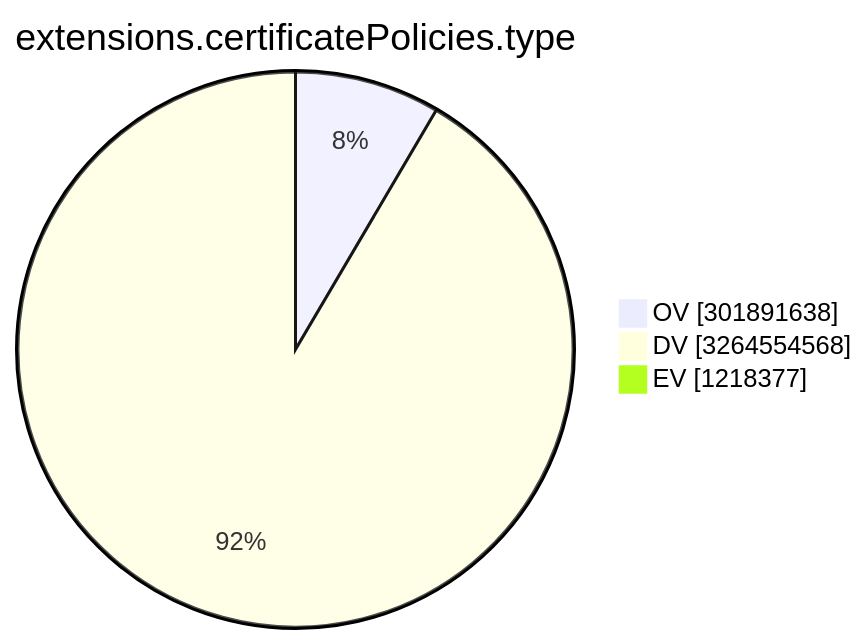
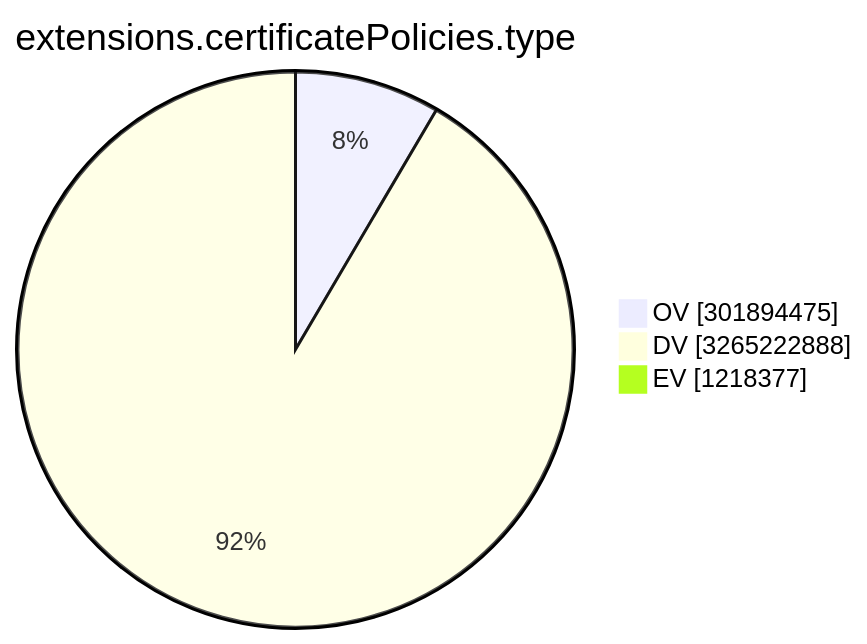
Before and after one commit to christiankrug/ctmonitor_visualization: the ninth of 15 diagrams in TOTAL/README.md, drawn with Mermaid. The commit also changed other lines of this file, not shown here.

````diff
--- a/TOTAL/README.md
+++ b/TOTAL/README.md
@@ -3107,7 +3107,7 @@
 ```mermaid
 pie showData
 title extensions.certificatePolicies.type
-"OV" :301891638
-"DV" :3264554568
+"OV" :301894475
+"DV" :3265222888
 "EV" :1218377
 ```
````
